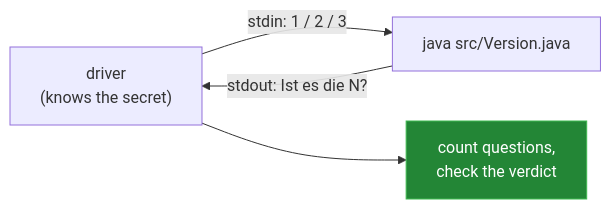
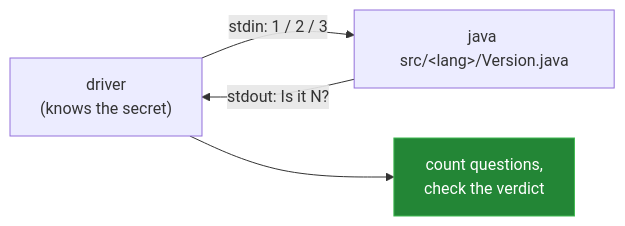
Before and after one commit to Bissbert/zahlenraten: the diagram in docs/measurement.md, drawn with Mermaid. The commit also changed other lines of this file and 21 other files, not shown here.

````diff
--- a/docs/measurement.md
+++ b/docs/measurement.md
@@ -15,8 +17,8 @@
 ```mermaid
 flowchart LR
-    D["driver<br/>(knows the secret)"] -- "stdin: 1 / 2 / 3" --> J["java src/Version.java"]
-    J -- "stdout: Ist es die N?" --> D
+    D["driver<br/>(knows the secret)"] -- "stdin: 1 / 2 / 3" --> J["java src/&lt;lang&gt;/Version.java"]
+    J -- "stdout: Is it N?" --> D
     D --> R["count questions,<br/>check the verdict"]
 
     style R fill:#238636,stroke:#3fb950,color:#fff
 ```
````
